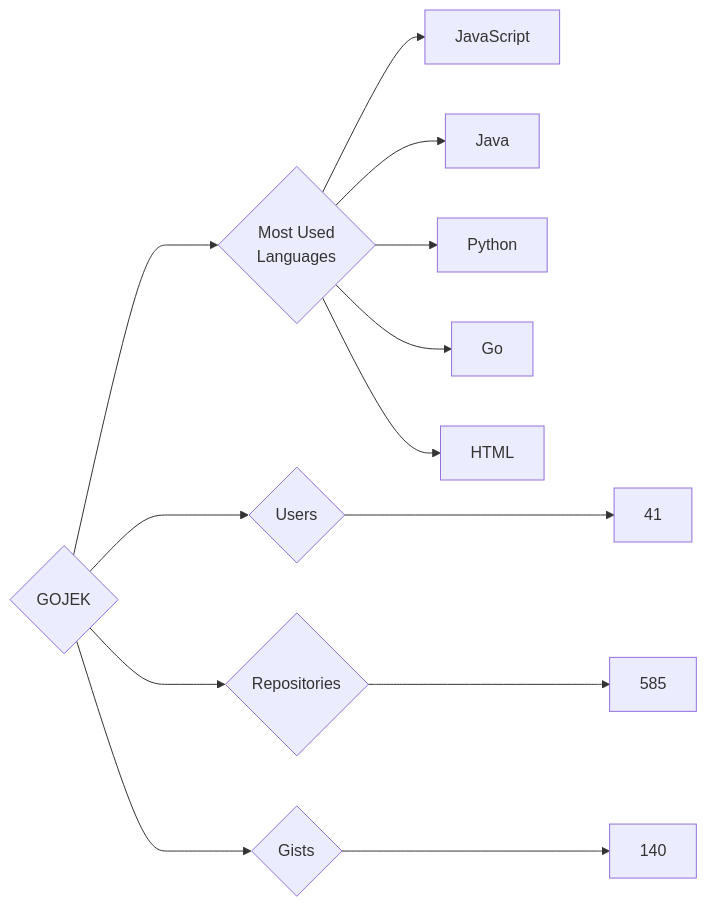
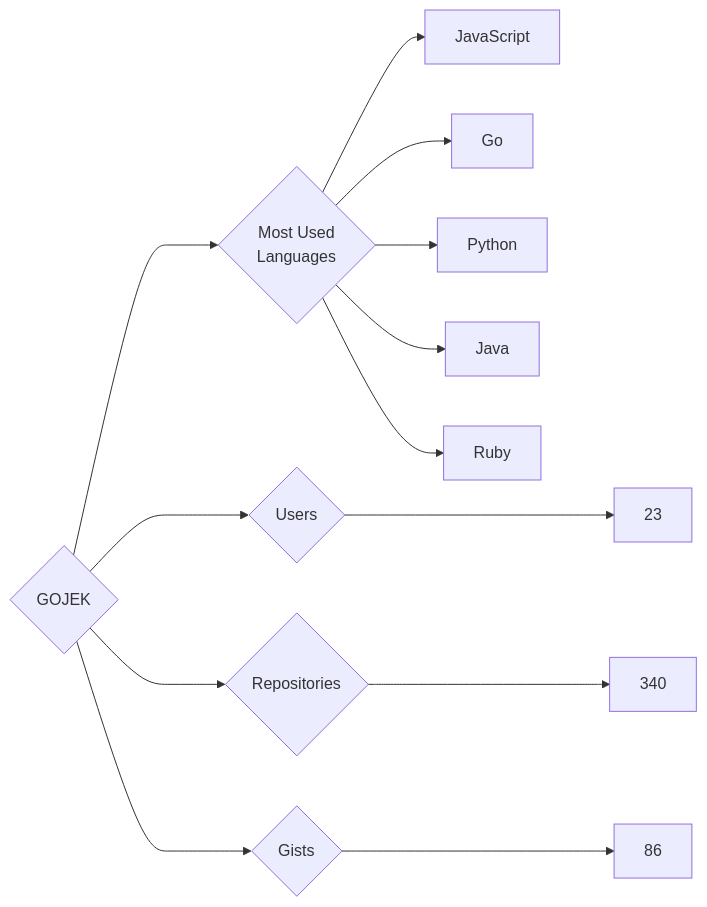
One commit to trickest/insiders changed the diagram in targets/GOJEK/README.md. Above: the diagram before and after it, drawn with Mermaid. The commit also changed 1084 other files, not shown here.

````diff
--- a/targets/GOJEK/README.md
+++ b/targets/GOJEK/README.md
@@ -3,13 +3,13 @@
 ```mermaid
 graph LR
 COMPANY_NAME{GOJEK}
-COMPANY_NAME ---> U{Users} ---> UN[41]
-COMPANY_NAME ---> R{Repositories} ---> RN[585]
-COMPANY_NAME ---> G{Gists} ---> GN[140]
+COMPANY_NAME ---> U{Users} ---> UN[23]
+COMPANY_NAME ---> R{Repositories} ---> RN[340]
+COMPANY_NAME ---> G{Gists} ---> GN[86]
 COMPANY_NAME ---> ML{Most Used<br>Languages}
 ML --> JavaScript[JavaScript]
+ML --> Go[Go]
+ML --> Python[Python]
 ML --> Java[Java]
-ML --> Python[Python]
-ML --> Go[Go]
-ML --> HTML[HTML]
+ML --> Ruby[Ruby]
 ```
````
